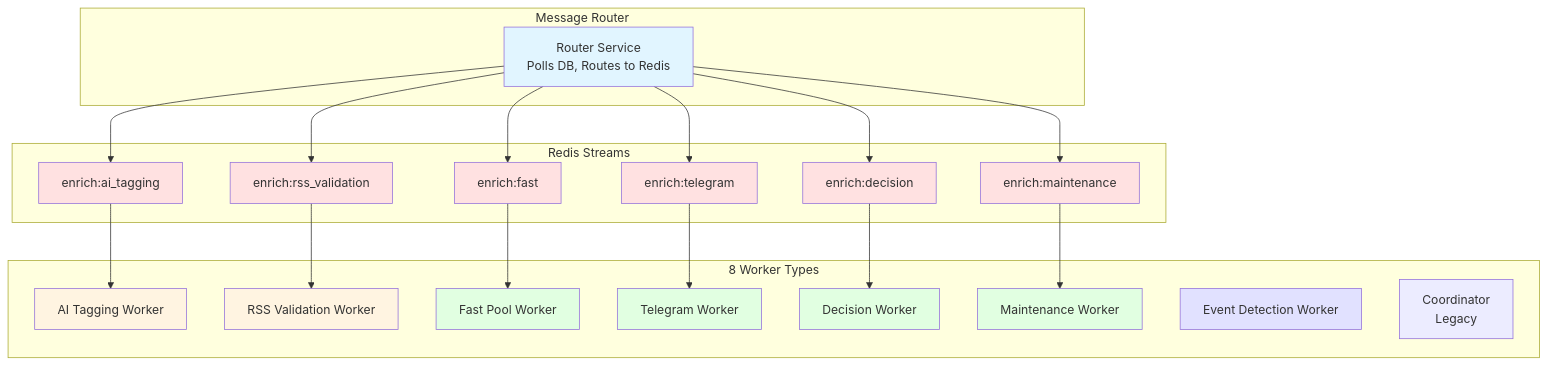
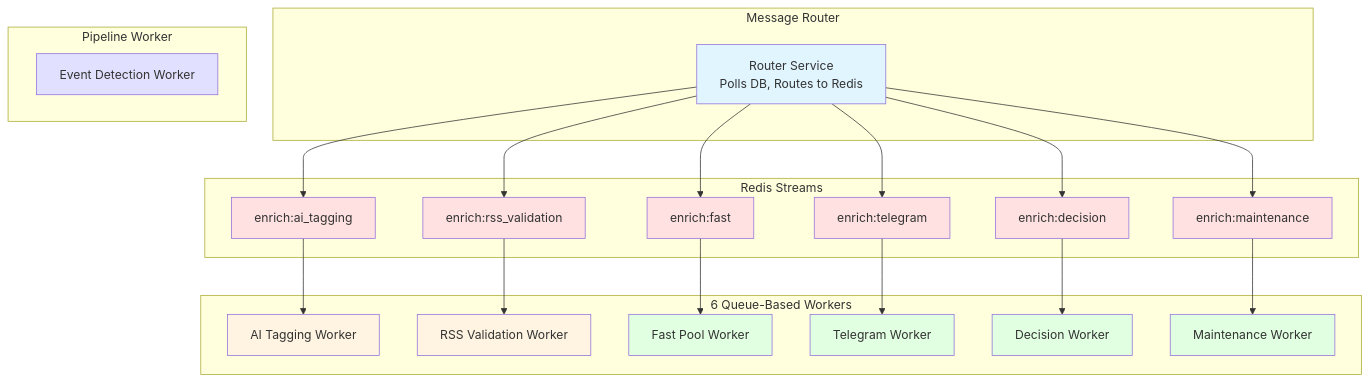
The second of 10 diagrams in docs/developer-guide/services/enrichment.md (osintukraine/osint-platform-docs), drawn with Mermaid before and after one commit. The commit also changed other lines of this file, not shown here.

First line of the commit message:
docs(enrichment): comprehensive documentation overhaul with architect review

````diff
--- a/docs/developer-guide/services/enrichment.md
+++ b/docs/developer-guide/services/enrichment.md
@@ -42,49 +50,51 @@
 ```mermaid
 graph TD
     subgraph "Message Router"
         R[Router Service<br/>Polls DB, Routes to Redis]
     end
 
     subgraph "Redis Streams"
         Q1[enrich:ai_tagging]
         Q2[enrich:rss_validation]
         Q3[enrich:fast]
         Q4[enrich:telegram]
         Q5[enrich:decision]
         Q6[enrich:maintenance]
     end
 
-    subgraph "8 Worker Types"
+    subgraph "6 Queue-Based Workers"
         W1[AI Tagging Worker]
         W2[RSS Validation Worker]
         W3[Fast Pool Worker]
         W4[Telegram Worker]
         W5[Decision Worker]
         W6[Maintenance Worker]
+    end
+
+    subgraph "Pipeline Worker"
         W7[Event Detection Worker]
-        W8[Coordinator<br/>Legacy]
     end
 
     R --> Q1 & Q2 & Q3 & Q4 & Q5 & Q6
     Q1 --> W1
     Q2 --> W2
     Q3 --> W3
     Q4 --> W4
     Q5 --> W5
     Q6 --> W6
 
     style R fill:#e1f5ff
     style Q1 fill:#ffe1e1
     style Q2 fill:#ffe1e1
     style Q3 fill:#ffe1e1
     style Q4 fill:#ffe1e1
     style Q5 fill:#ffe1e1
     style Q6 fill:#ffe1e1
     style W1 fill:#fff4e1
     style W2 fill:#fff4e1
     style W3 fill:#e1ffe1
     style W4 fill:#e1ffe1
     style W5 fill:#e1ffe1
     style W6 fill:#e1ffe1
     style W7 fill:#e1e1ff
 ```
````
